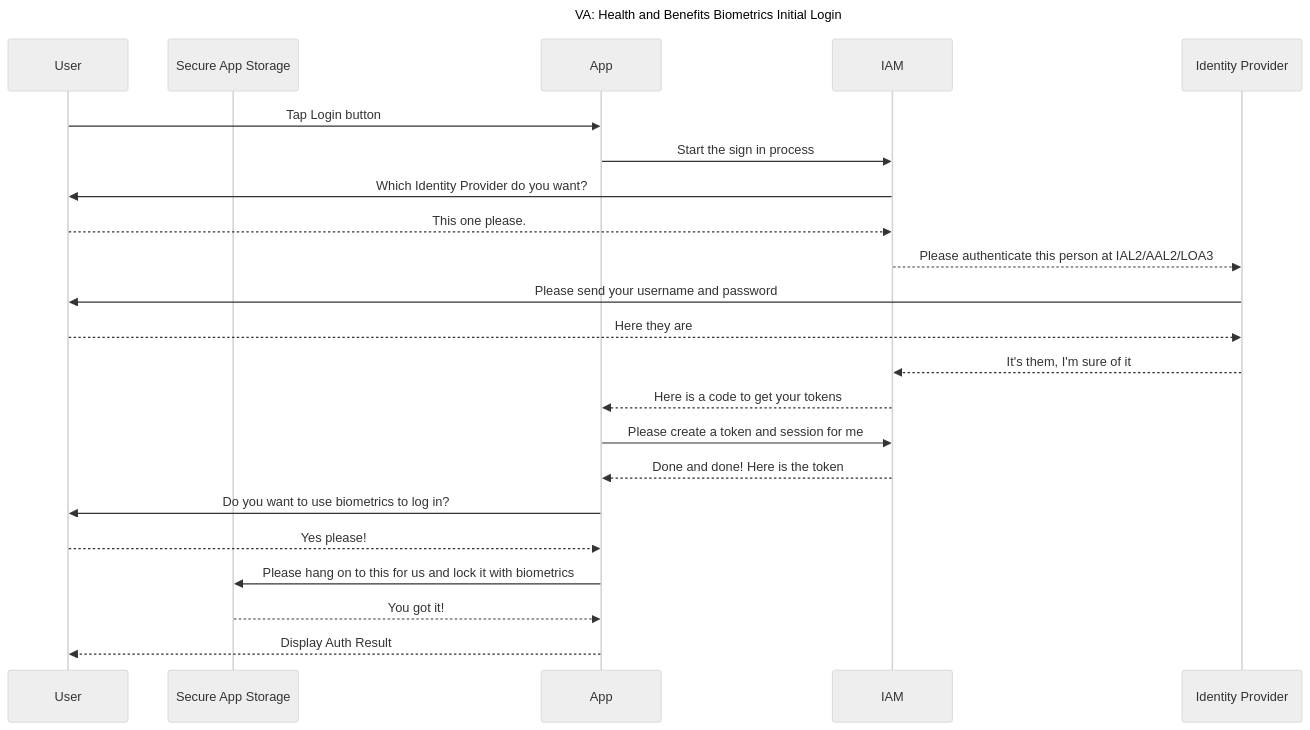
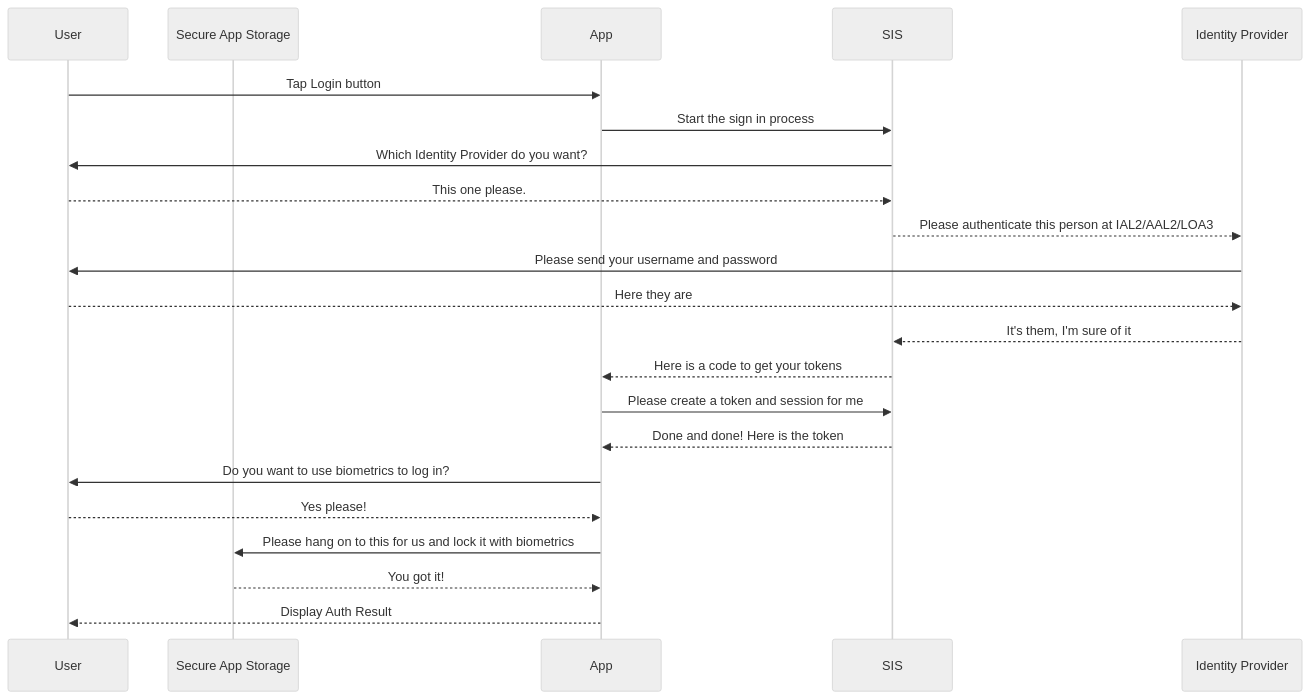
Before and after one commit to department-of-veterans-affairs/va-mobile-app: the fourth of 5 diagrams in VAMobile/documentation/docs/Engineering/BackEnd/Architecture/Auth Diagrams.md, drawn with Mermaid (neutral theme). The commit also changed other lines of this file and 6 other files, not shown here.

````diff
--- a/VAMobile/documentation/docs/Engineering/BackEnd/Architecture/Auth Diagrams.md
+++ b/VAMobile/documentation/docs/Engineering/BackEnd/Architecture/Auth Diagrams.md
@@ -51,25 +56,24 @@
 ```mermaid
 sequenceDiagram
-    title: VA: Health and Benefits Biometrics Initial Login
     participant User
     participant Secure App Storage
     participant App
-    participant IAM
+    participant SIS
     participant Identity Provider
     User->>App: Tap Login button
-    App->>IAM: Start the sign in process
-    IAM->>User: Which Identity Provider do you want?
-    User-->>IAM: This one please.
-    IAM-->>Identity Provider: Please authenticate this person at IAL2/AAL2/LOA3
+    App->>SIS: Start the sign in process
+    SIS->>User: Which Identity Provider do you want?
+    User-->>SIS: This one please.
+    SIS-->>Identity Provider: Please authenticate this person at IAL2/AAL2/LOA3
     Identity Provider->>User: Please send your username and password
     User-->>Identity Provider: Here they are
-    Identity Provider-->>IAM: It's them, I'm sure of it
-    IAM-->>App: Here is a code to get your tokens
-    App->>IAM: Please create a token and session for me
-    IAM-->>App: Done and done! Here is the token
+    Identity Provider-->>SIS: It's them, I'm sure of it
+    SIS-->>App: Here is a code to get your tokens
+    App->>SIS: Please create a token and session for me
+    SIS-->>App: Done and done! Here is the token
     App->>User: Do you want to use biometrics to log in?
     User-->>App: Yes please!
     App->>Secure App Storage: Please hang on to this for us and lock it with biometrics
     Secure App Storage-->>App: You got it!
     App-->>User: Display Auth Result
 ```
````
